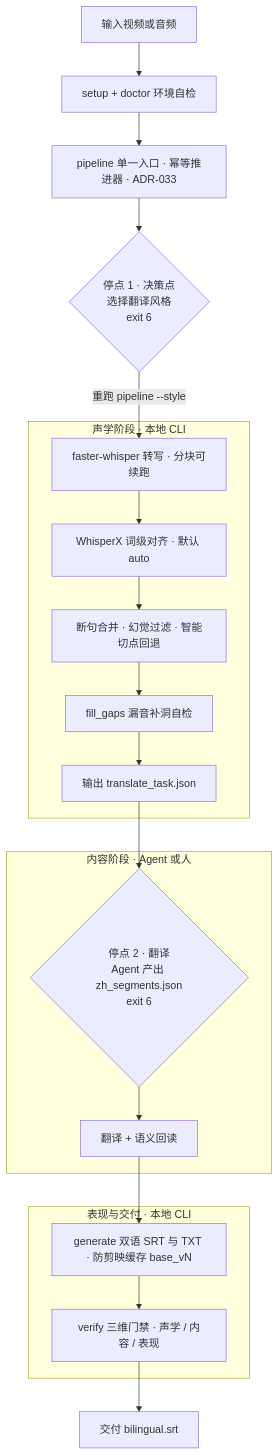
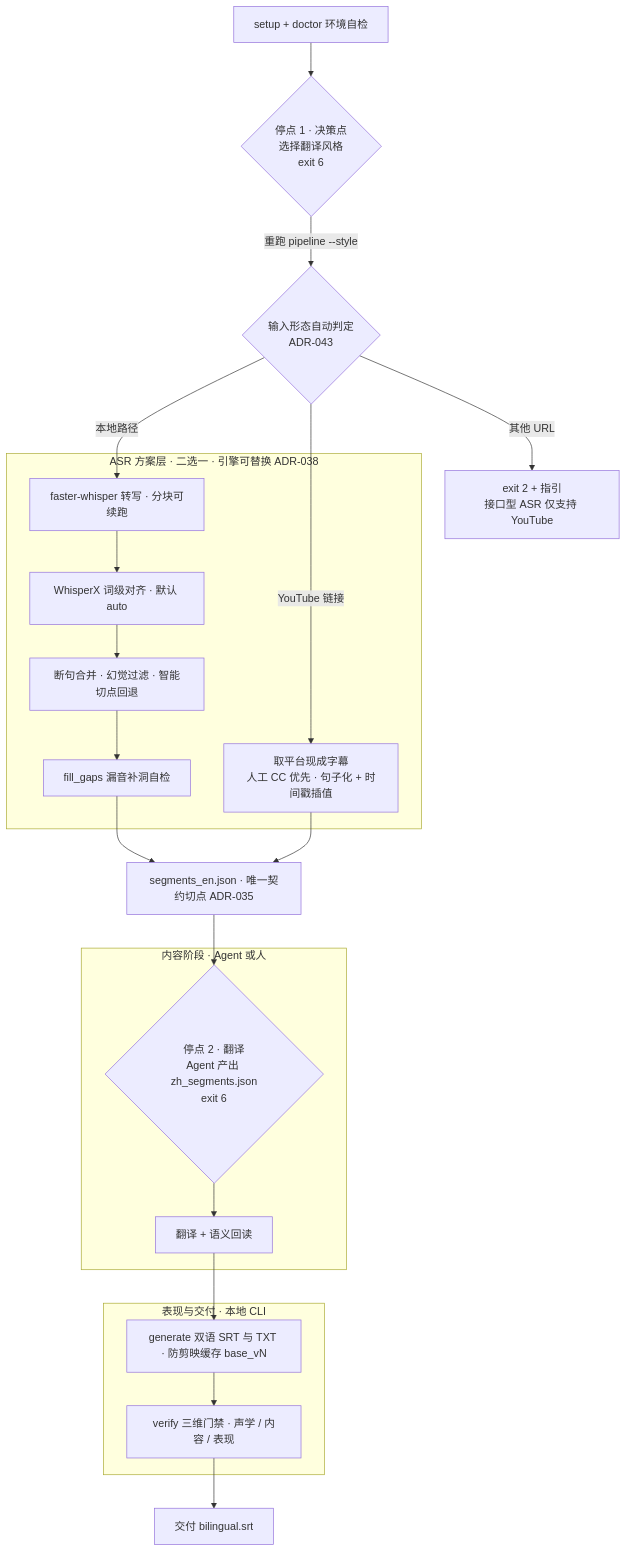
The diagram in README.md (brosnan2800/video-translate), drawn with Mermaid before and after one commit. The commit also changed other lines of this file and 15 other files, not shown here.

First line of the commit message:
feat(entry): pipeline 按输入形态自动判定（ADR-043）—— URL 走接口型 ASR

````diff
--- a/README.md
+++ b/README.md
@@ -46,28 +54,32 @@
 ```mermaid
 flowchart TD
-    Video[输入视频或音频] --> Setup[setup + doctor 环境自检]
-    Setup --> PL[pipeline 单一入口 · 幂等推进器 · ADR-033]
+    Setup[setup + doctor 环境自检] --> DP{"停点 1 · 决策点<br/>选择翻译风格<br/>exit 6"}
+    DP -->|"重跑 pipeline --style"| In{"输入形态自动判定<br/>ADR-043"}
 
-    PL --> DP{"停点 1 · 决策点<br/>选择翻译风格<br/>exit 6"}
-    DP -->|"重跑 pipeline --style"| Transcribe
+    In -->|"YouTube 链接"| Captions
+    In -->|"本地路径"| Transcribe
+    In -->|"其他 URL"| Reject["exit 2 + 指引<br/>接口型 ASR 仅支持 YouTube"]
 
-    subgraph Local1 [声学阶段 · 本地 CLI]
+    subgraph Source [ASR 方案层 · 二选一 · 引擎可替换 ADR-038]
         Transcribe[faster-whisper 转写 · 分块可续跑] --> WhisperX[WhisperX 词级对齐 · 默认 auto]
         WhisperX --> Merge[断句合并 · 幻觉过滤 · 智能切点回退]
         Merge --> FillGaps[fill_gaps 漏音补洞自检]
-        FillGaps --> TaskOut[输出 translate_task.json]
+        Captions["取平台现成字幕<br/>人工 CC 优先 · 句子化 + 时间戳插值"]
     end
 
-    TaskOut --> TP{"停点 2 · 翻译<br/>Agent 产出 zh_segments.json<br/>exit 6"}
+    FillGaps --> Segs["segments_en.json · 唯一契约切点 ADR-035"]
+    Captions --> Segs
+
+    Segs --> TP{"停点 2 · 翻译<br/>Agent 产出 zh_segments.json<br/>exit 6"}
 
     subgraph AgentBrain [内容阶段 · Agent 或人]
         TP --> AgentWork[翻译 + 语义回读]
     end
 
     subgraph Local2 [表现与交付 · 本地 CLI]
         AgentWork --> Generate[generate 双语 SRT 与 TXT · 防剪映缓存 base_vN]
         Generate --> Verify[verify 三维门禁 · 声学 / 内容 / 表现]
     end
 
     Verify --> Done[交付 bilingual.srt]
 ```
````
